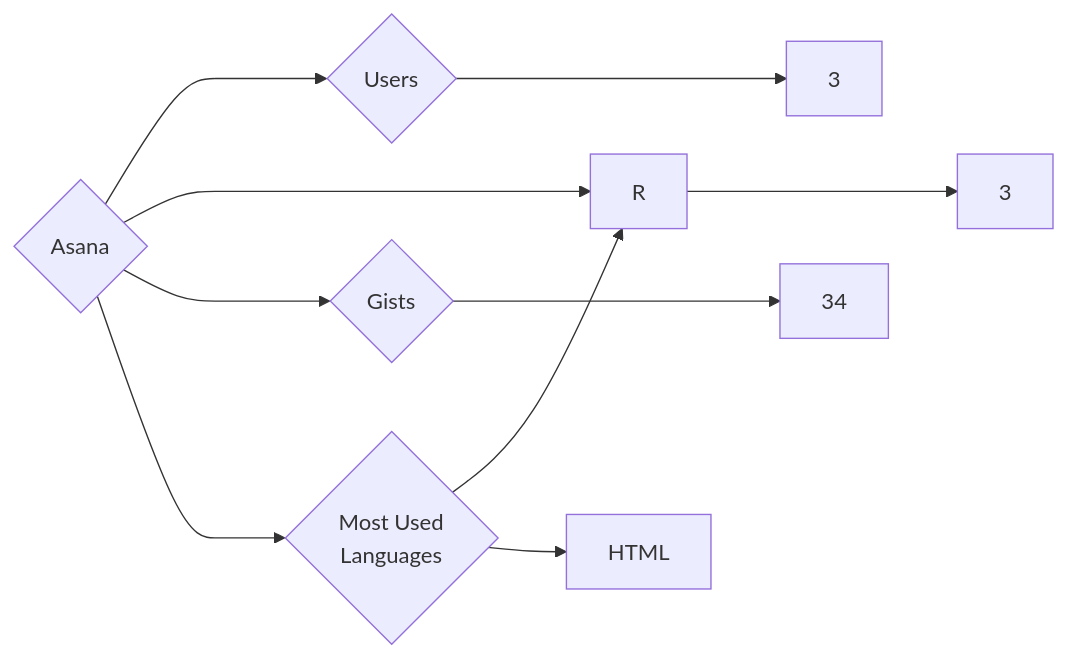
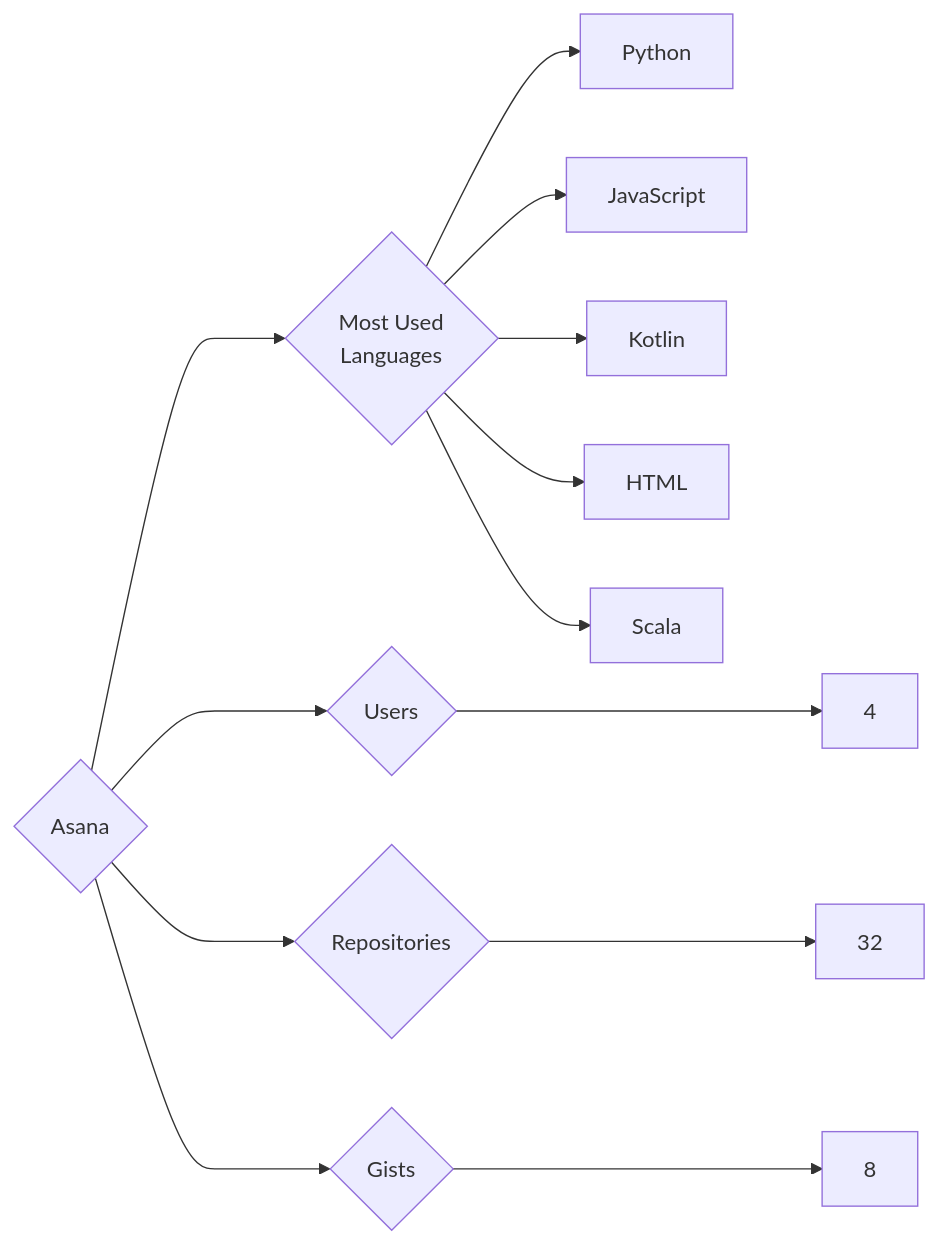
Before and after one commit to trickest/insiders: the diagram in targets/Asana/README.md, drawn with Mermaid. The commit also changed 776 other files, not shown here.

````diff
--- a/targets/Asana/README.md
+++ b/targets/Asana/README.md
@@ -3,10 +3,13 @@
 ```mermaid
 graph LR
 COMPANY_NAME{Asana}
-COMPANY_NAME ---> U{Users} ---> UN[3]
-COMPANY_NAME ---> R{Repositories} ---> RN[3]
-COMPANY_NAME ---> G{Gists} ---> GN[34]
+COMPANY_NAME ---> U{Users} ---> UN[4]
+COMPANY_NAME ---> R{Repositories} ---> RN[32]
+COMPANY_NAME ---> G{Gists} ---> GN[8]
 COMPANY_NAME ---> ML{Most Used<br>Languages}
-ML --> R[R]
+ML --> Python[Python]
+ML --> JavaScript[JavaScript]
+ML --> Kotlin[Kotlin]
 ML --> HTML[HTML]
+ML --> Scala[Scala]
 ```
````
